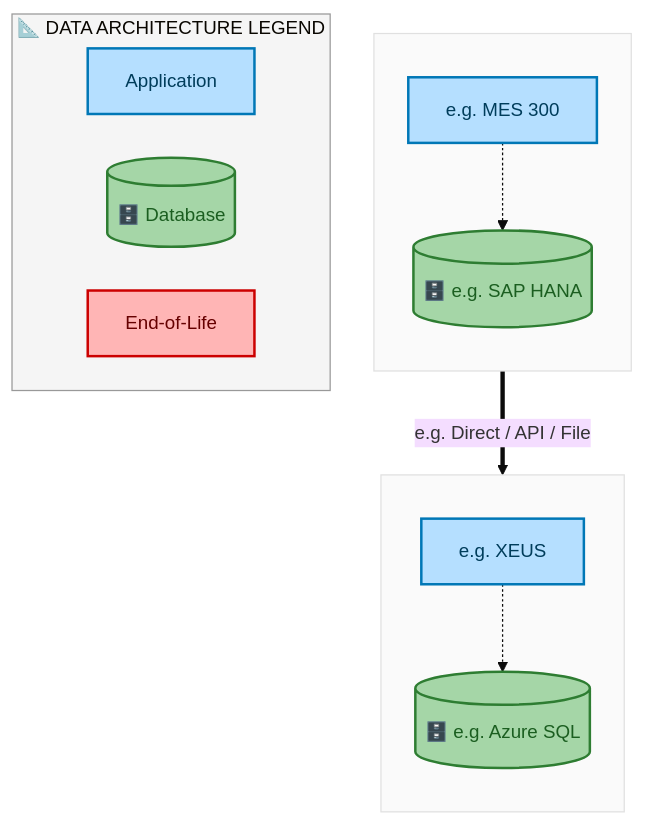
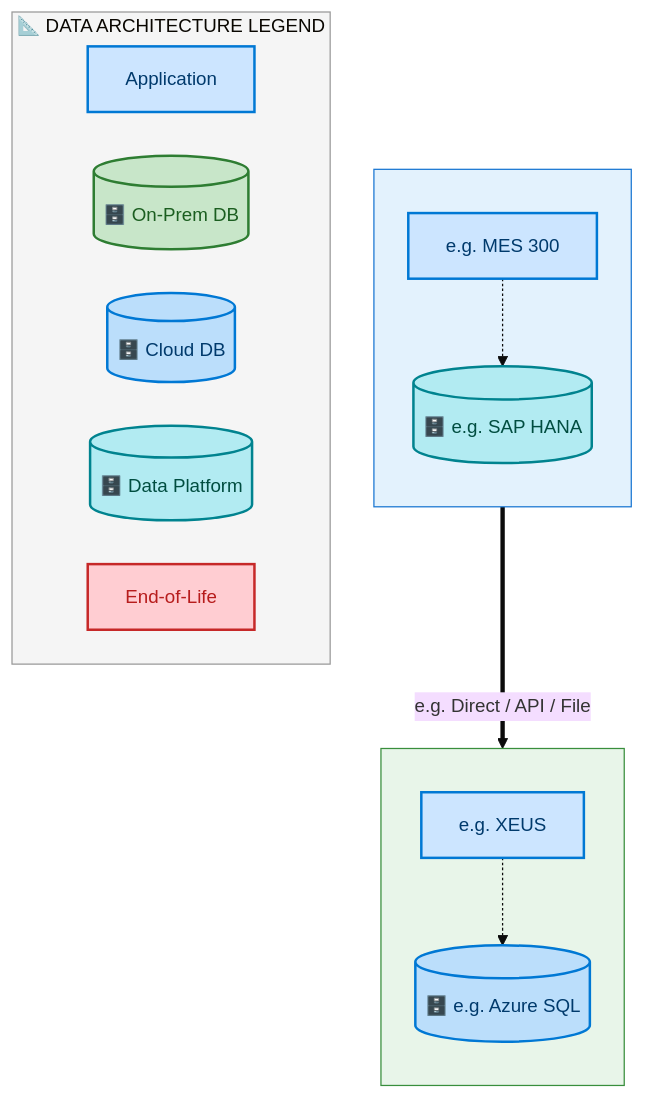
One commit to sajivfrancis777/IAO-Architecture changed the third of 7 diagrams in towers/E2E/Procure to Pay/E2E-41/output/docs/systems-architecture/E2E-41-Architecture.md. Above: the diagram before and after it, drawn with Mermaid. The commit also changed other lines of this file and 394 other files, not shown here.

First line of the commit message:
feat: structured layer ordering for Mermaid architecture diagrams

````diff
--- a/towers/E2E/Procure to Pay/E2E-41/output/docs/systems-architecture/E2E-41-Architecture.md
+++ b/towers/E2E/Procure to Pay/E2E-41/output/docs/systems-architecture/E2E-41-Architecture.md
@@ -371,33 +371,37 @@
 ```mermaid
 %%{init: {"theme": "base", "securityLevel": "loose", "themeVariables": {"fontSize": "15px", "fontFamily": "Segoe UI, Arial"}, "flowchart": {"useMaxWidth": false, "htmlLabels": true, "nodeSpacing": 35, "rankSpacing": 45}} }%%
 flowchart TB
-    classDef appBox fill:#B5DFFF,stroke:#0077B6,stroke-width:2px,color:#003D5B
-    classDef dbCyl fill:#A5D6A7,stroke:#2E7D32,stroke-width:2px,color:#1B5E20
-    classDef eolBox fill:#FFB5B5,stroke:#CC0000,stroke-width:2px,color:#660000
+    classDef appBox fill:#CCE5FF,stroke:#0078D4,stroke-width:2px,color:#003A6C
+    classDef dbCyl fill:#C8E6C9,stroke:#2E7D32,stroke-width:2px,color:#1B5E20
+    classDef dbCloud fill:#BBDEFB,stroke:#0078D4,stroke-width:2px,color:#003A6C
+    classDef dbData fill:#B2EBF2,stroke:#00838F,stroke-width:2px,color:#004D40
+    classDef eolBox fill:#FFCDD2,stroke:#C62828,stroke-width:2px,color:#B71C1C
 
     subgraph E2E41FDACL_e_g_Azure_SQL[" "]
         direction TB
         E2E41FDAA_e_g_XEUS["e.g. XEUS"]:::appBox
-        E2E41FDAD_e_g_Azure_SQL[("🗄️ e.g. Azure SQL")]:::dbCyl
+        E2E41FDAD_e_g_Azure_SQL[("🗄️ e.g. Azure SQL")]:::dbCloud
         E2E41FDAA_e_g_XEUS -.-> E2E41FDAD_e_g_Azure_SQL
     end
-    style E2E41FDACL_e_g_Azure_SQL fill:#FAFAFA,stroke:#E0E0E0,stroke-width:1px
+    style E2E41FDACL_e_g_Azure_SQL fill:#E8F5E9,stroke:#388E3C,stroke-width:1px
 
     subgraph E2E41FDACL_e_g_SAP_HANA[" "]
         direction TB
         E2E41FDAA_e_g_MES_300["e.g. MES 300"]:::appBox
-        E2E41FDAD_e_g_SAP_HANA[("🗄️ e.g. SAP HANA")]:::dbCyl
+        E2E41FDAD_e_g_SAP_HANA[("🗄️ e.g. SAP HANA")]:::dbData
         E2E41FDAA_e_g_MES_300 -.-> E2E41FDAD_e_g_SAP_HANA
     end
-    style E2E41FDACL_e_g_SAP_HANA fill:#FAFAFA,stroke:#E0E0E0,stroke-width:1px
+    style E2E41FDACL_e_g_SAP_HANA fill:#E3F2FD,stroke:#1976D2,stroke-width:1px
 
     E2E41FDAD_e_g_SAP_HANA ==>|"e.g. Direct / API / File"| E2E41FDAD_e_g_Azure_SQL
 
     subgraph Legend["📐 DATA ARCHITECTURE LEGEND"]
         direction LR
         L_A["Application"]:::appBox
-        L_D[("🗄️ Database")]:::dbCyl
+        L_D[("🗄️ On-Prem DB")]:::dbCyl
+        L_DC[("🗄️ Cloud DB")]:::dbCloud
+        L_DD[("🗄️ Data Platform")]:::dbData
         L_E["End-of-Life"]:::eolBox
     end
     style Legend fill:#F5F5F5,stroke:#999,stroke-width:1px
 ```
````
